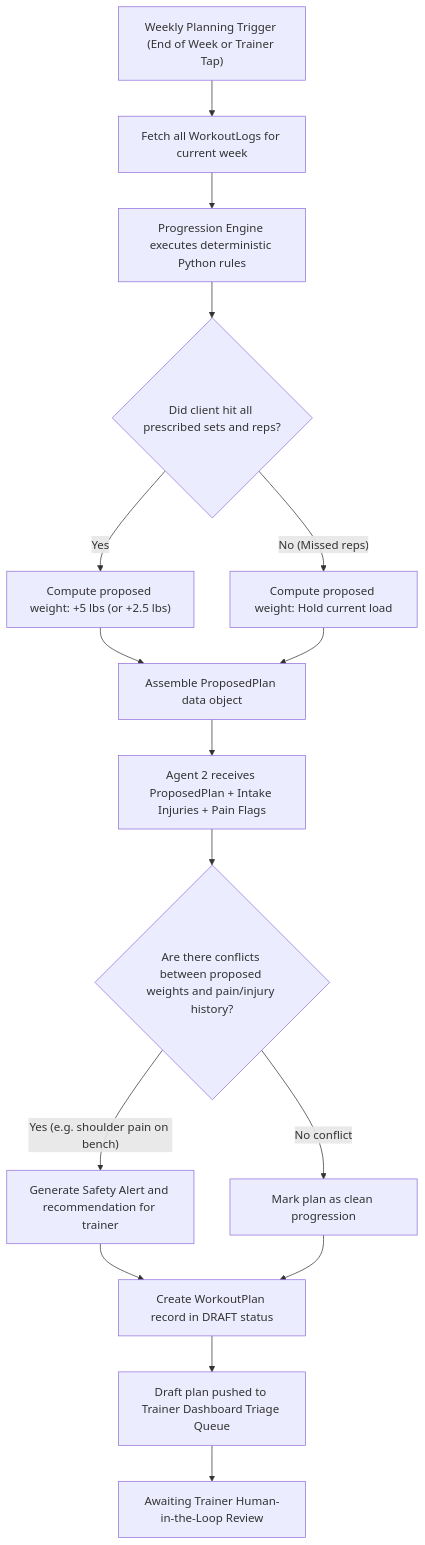
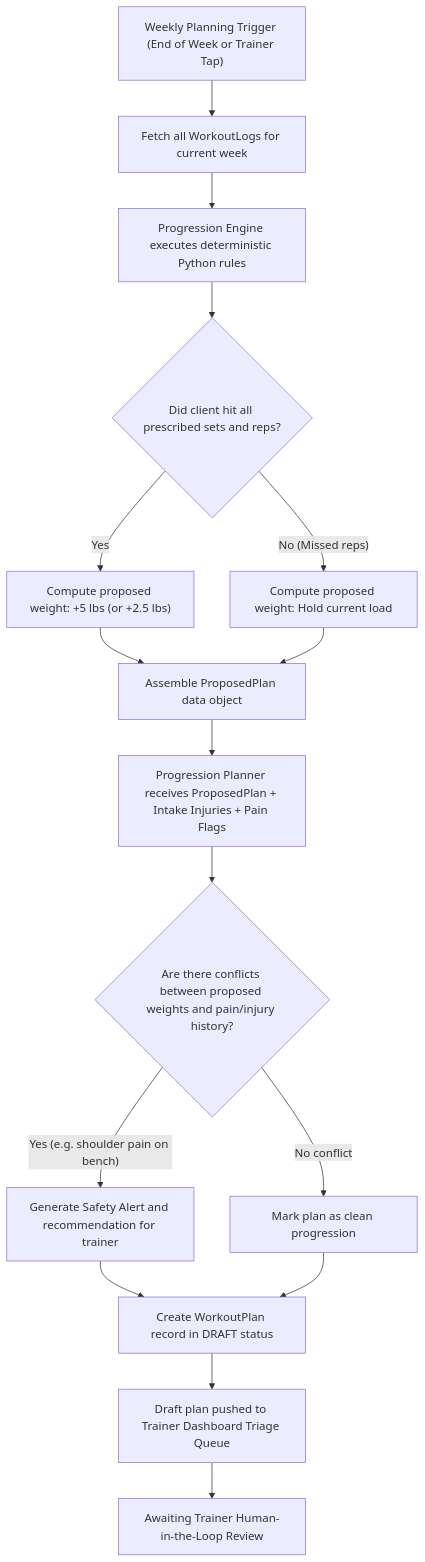
One commit to justin-day-pursuit/trainer-agent-app changed the third of 7 diagrams in documents/03-user-flows.md. Above: the diagram before and after it, drawn with Mermaid. The commit also changed other lines of this file and 24 other files, not shown here.

Commit message:
docs(agents): adopt functional names (Workout Logger, Progression Planner, Trainer Assistant) across codebase and docs

````diff
--- a/documents/03-user-flows.md
+++ b/documents/03-user-flows.md
@@ -60,18 +60,18 @@
 ```mermaid
 flowchart TD
     A["Weekly Planning Trigger (End of Week or Trainer Tap)"] --> B["Fetch all WorkoutLogs for current week"]
     B --> C["Progression Engine executes deterministic Python rules"]
     C --> D{"Did client hit all prescribed sets and reps?"}
     D -- "Yes" --> E["Compute proposed weight: +5 lbs (or +2.5 lbs)"]
     D -- "No (Missed reps)" --> F["Compute proposed weight: Hold current load"]
     E --> G["Assemble ProposedPlan data object"]
     F --> G
-    G --> H["Agent 2 receives ProposedPlan + Intake Injuries + Pain Flags"]
+    G --> H["Progression Planner receives ProposedPlan + Intake Injuries + Pain Flags"]
     H --> I{"Are there conflicts between proposed weights and pain/injury history?"}
     I -- "Yes (e.g. shoulder pain on bench)" --> J["Generate Safety Alert and recommendation for trainer"]
     I -- "No conflict" --> K["Mark plan as clean progression"]
     J --> L["Create WorkoutPlan record in DRAFT status"]
     K --> L
     L --> M["Draft plan pushed to Trainer Dashboard Triage Queue"]
     M --> N["Awaiting Trainer Human-in-the-Loop Review"]
 ```
````
